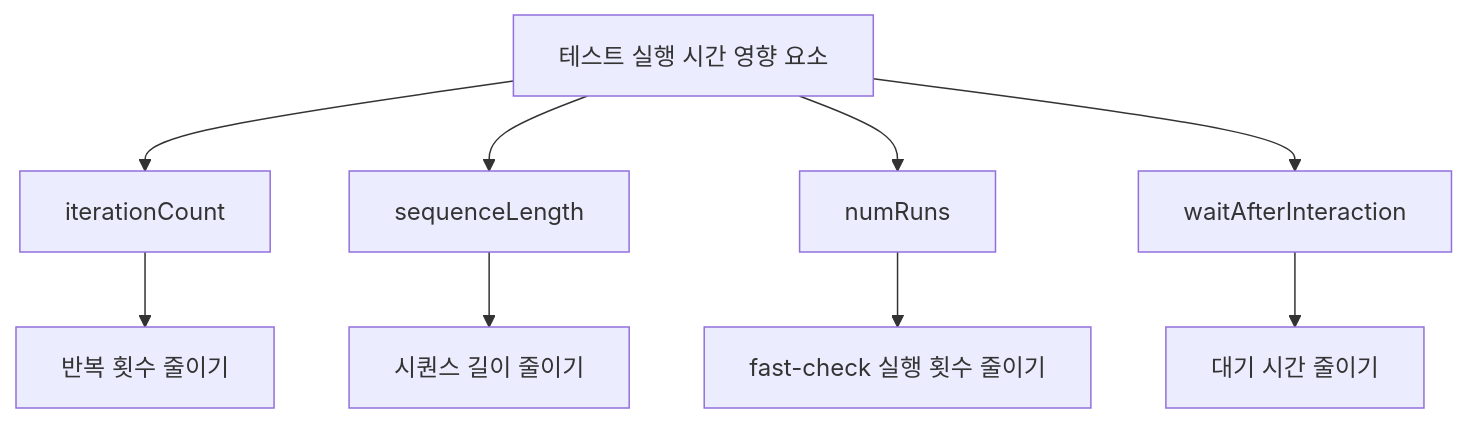
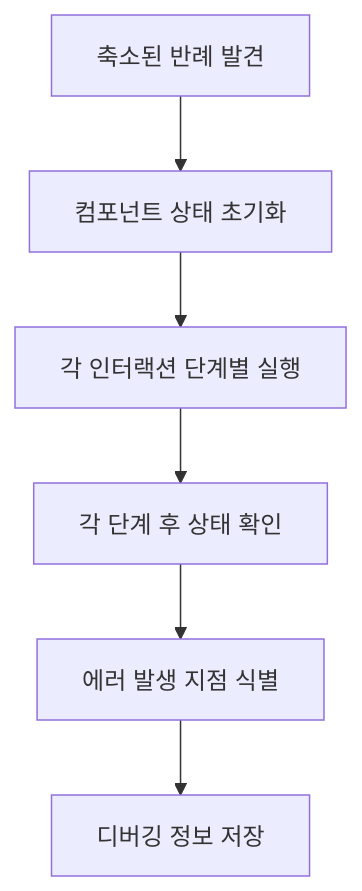
Before and after one commit to YahngSungho/Monorepo: the tenth of 10 diagrams in storybook/e2e/universal-testers.md, drawn with Mermaid. The commit also changed other lines of this file and 5 other files, not shown here.

First line of the commit message:
feat: Storybook UI 컴포넌트 테스트 개선

````diff
--- a/storybook/e2e/universal-testers.md
+++ b/storybook/e2e/universal-testers.md
@@ -357,12 +502,8 @@
 ```mermaid
 flowchart TD
-    A[테스트 실행 시간 영향 요소] --> B[iterationCount]
-    A --> C[sequenceLength]
-    A --> D[numRuns]
-    A --> E[waitAfterInteraction]
-
-    B --> F[반복 횟수 줄이기]
-    C --> G[시퀀스 길이 줄이기]
-    D --> H[fast-check 실행 횟수 줄이기]
-    E --> I[대기 시간 줄이기]
+    A[축소된 반례 발견] --> B[컴포넌트 상태 초기화]
+    B --> C[각 인터랙션 단계별 실행]
+    C --> D[각 단계 후 상태 확인]
+    D --> E[에러 발생 지점 식별]
+    E --> F[디버깅 정보 저장]
 ```
````
